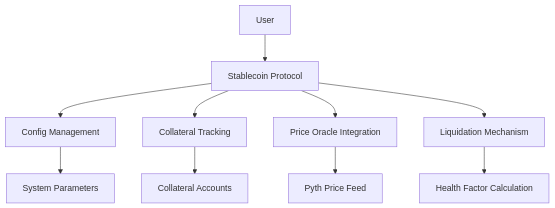
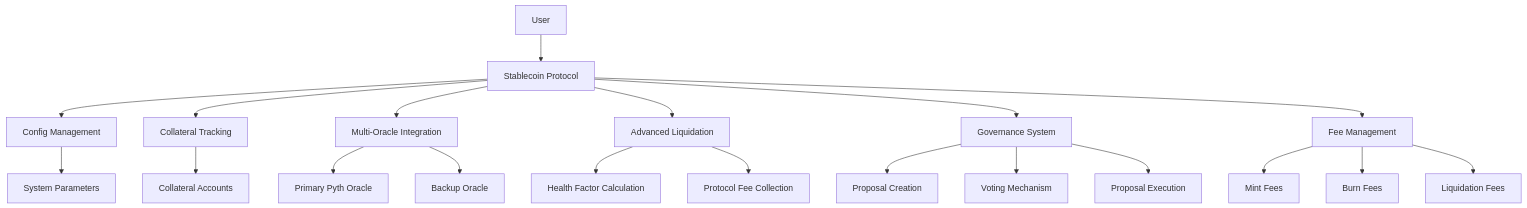
The first of 7 diagrams in README.md (AymanF10/Stable-Coin), drawn with Mermaid before and after one commit. The commit also changed other lines of this file and 17 other files, not shown here.

````diff
--- a/README.md
+++ b/README.md
@@ -7,13 +7,23 @@
 ```mermaid
 graph TD
     A[User] --> B[Stablecoin Protocol]
     B --> C[Config Management]
     B --> D[Collateral Tracking]
-    B --> E[Price Oracle Integration]
-    B --> F[Liquidation Mechanism]
-
-    C --> G[System Parameters]
-    D --> H[Collateral Accounts]
-    E --> I[Pyth Price Feed]
-    F --> J[Health Factor Calculation]
+    B --> E[Multi-Oracle Integration]
+    B --> F[Advanced Liquidation]
+    B --> G[Governance System]
+    B --> H[Fee Management]
+    
+    C --> C1[System Parameters]
+    D --> D1[Collateral Accounts]
+    E --> E1[Primary Pyth Oracle]
+    E --> E2[Backup Oracle]
+    F --> F1[Health Factor Calculation]
+    F --> F2[Protocol Fee Collection]
+    G --> G1[Proposal Creation]
+    G --> G2[Voting Mechanism]
+    G --> G3[Proposal Execution]
+    H --> H1[Mint Fees]
+    H --> H2[Burn Fees]
+    H --> H3[Liquidation Fees]
 ```
````
